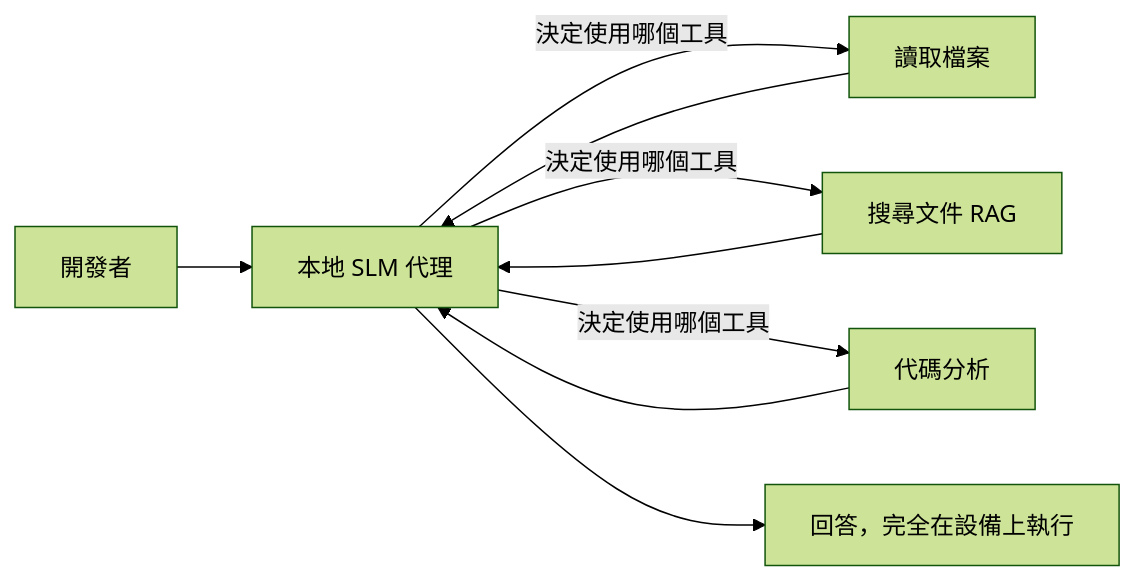
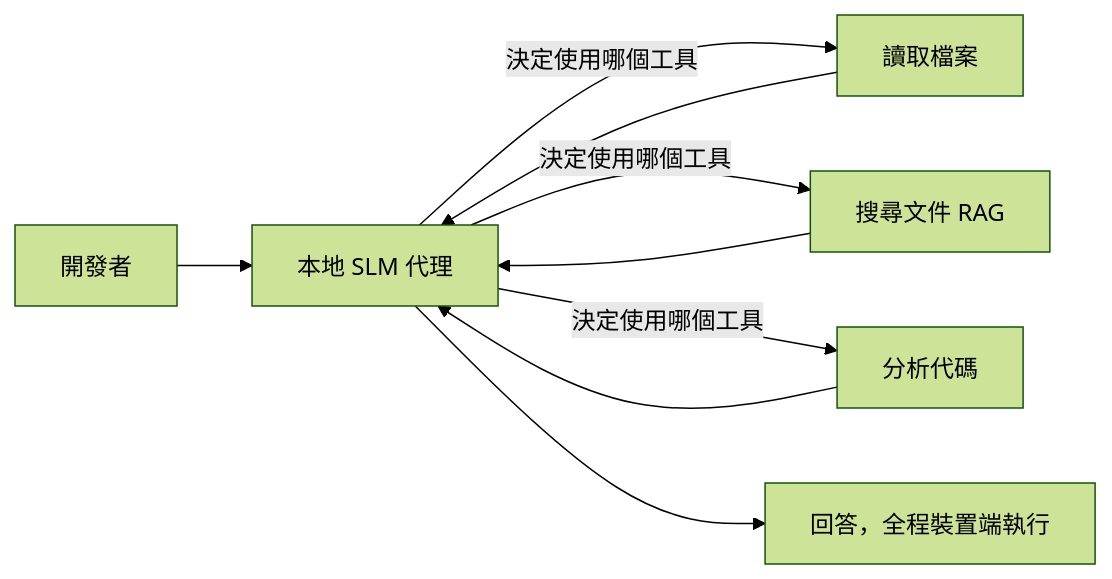
One commit to microsoft/ai-agents-for-beginners changed the first of 4 diagrams in translations/zh-HK/17-creating-local-ai-agents/README.md. Above: the diagram before and after it, drawn with Mermaid (forest theme). The commit also changed other lines of this file and 44 other files, not shown here.

````diff
--- a/translations/zh-HK/17-creating-local-ai-agents/README.md
+++ b/translations/zh-HK/17-creating-local-ai-agents/README.md
@@ -66,11 +66,11 @@
 ```mermaid
 flowchart LR
     U[開發者] --> A[本地 SLM 代理]
     A -->|決定使用哪個工具| T1[讀取檔案]
     A -->|決定使用哪個工具| T2[搜尋文件 RAG]
-    A -->|決定使用哪個工具| T3[代碼分析]
+    A -->|決定使用哪個工具| T3[分析代碼]
     T1 --> A
     T2 --> A
     T3 --> A
-    A --> R[回答，完全在設備上執行]
+    A --> R[回答，全程裝置端執行]
 ```
````
